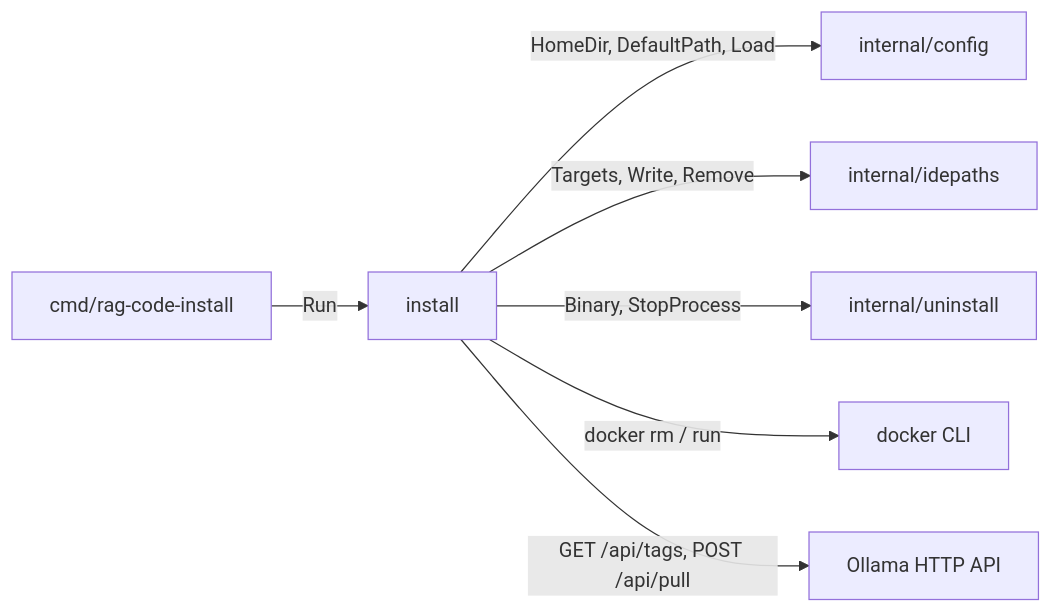
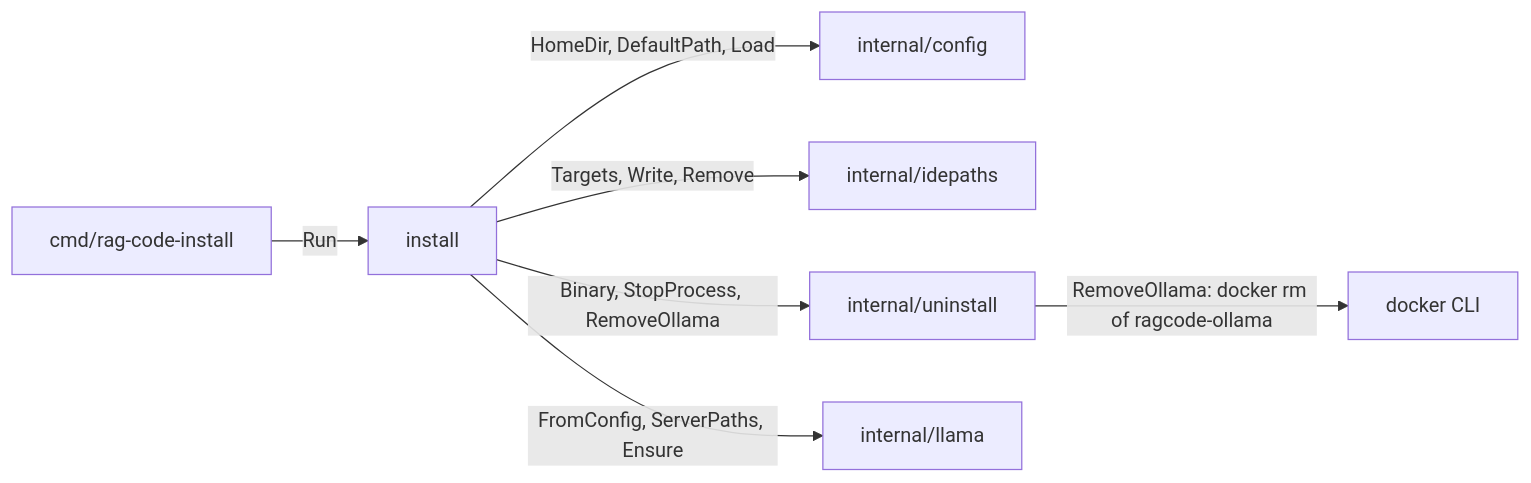
The first of 2 diagrams in internal/install/README.md (doITmagic/rag-code-mcp), drawn with Mermaid before and after one commit. The commit also changed other lines of this file and 8 other files, not shown here.

Commit message:
feat(install): the installer downloads the embedding runtime and model instead of starting Docker (-skip-download leaves it to the server), removes the ragcode-ollama container of earlier v2 versions and stops left-over llama-server processes; the uninstaller stops them too

````diff
--- a/internal/install/README.md
+++ b/internal/install/README.md
@@ -27,9 +27,9 @@
 ```mermaid
 graph LR
     CMD[cmd/rag-code-install] -->|Run| IN[install]
     IN -->|HomeDir, DefaultPath, Load| CFG[internal/config]
     IN -->|Targets, Write, Remove| IDE[internal/idepaths]
-    IN -->|Binary, StopProcess| UN[internal/uninstall]
-    IN -->|docker rm / run| DOCKER[docker CLI]
-    IN -->|GET /api/tags, POST /api/pull| OLLAMA[Ollama HTTP API]
+    IN -->|Binary, StopProcess, RemoveOllama| UN[internal/uninstall]
+    IN -->|FromConfig, ServerPaths, Ensure| LL[internal/llama]
+    UN -->|RemoveOllama: docker rm of ragcode-ollama| DOCKER[docker CLI]
 ```
````
